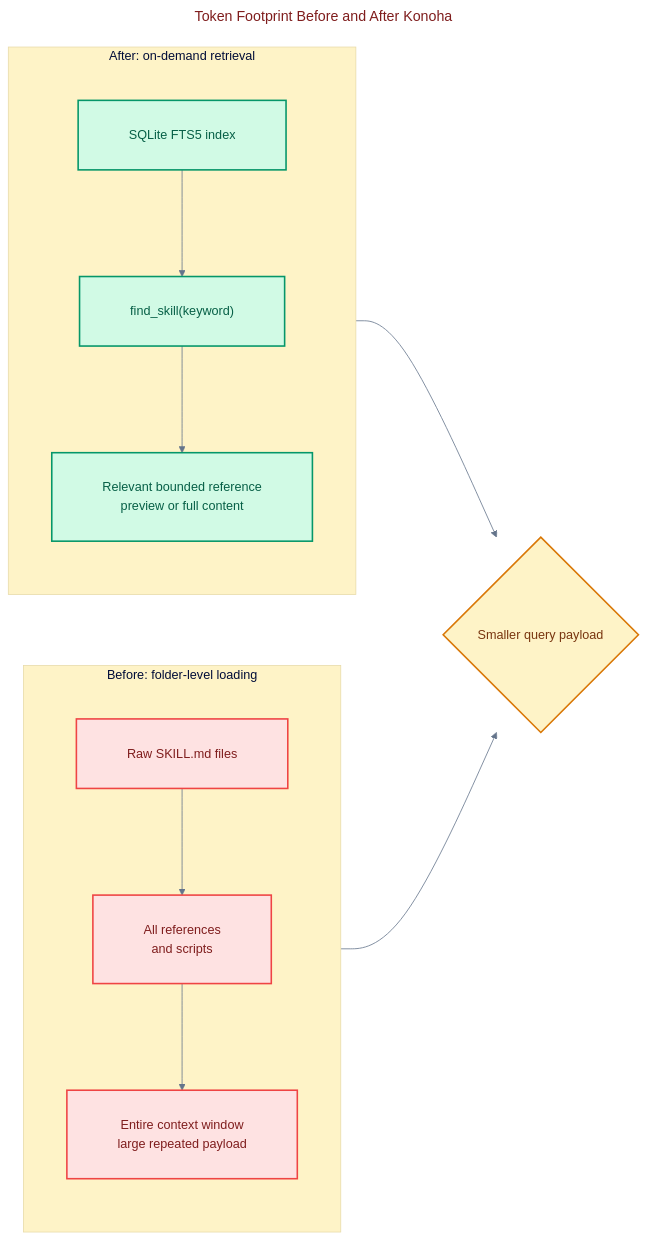
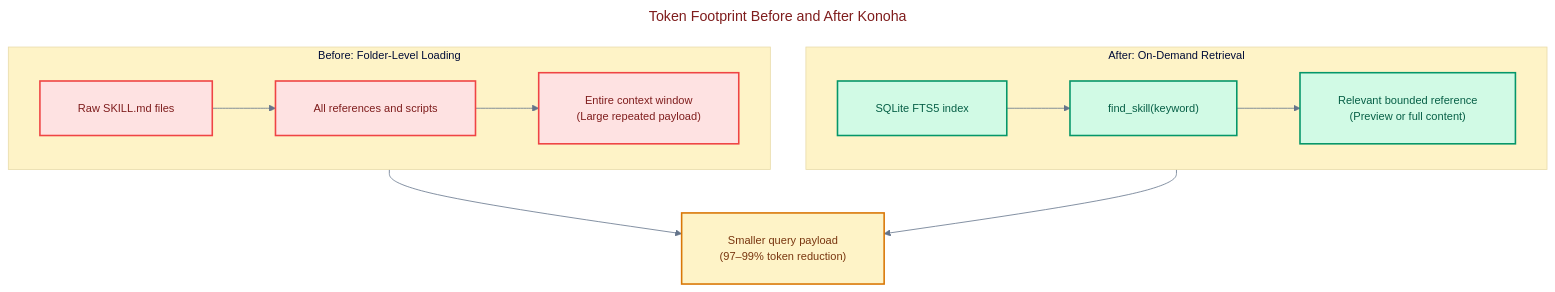
The second of 2 diagrams in README.md (andycungkrinx91/konoha), drawn with Mermaid before and after one commit. The commit also changed other lines of this file and 18 other files, not shown here.

````diff
--- a/README.md
+++ b/README.md
@@ -526,41 +528,42 @@
 ```mermaid
 ---
 title: Token Footprint Before and After Konoha
 config:
   theme: base
   themeVariables:
     background: '#ffffff'
     primaryColor: '#fee2e2'
     primaryTextColor: '#7f1d1d'
     primaryBorderColor: '#ef4444'
     lineColor: '#64748b'
     secondaryColor: '#d1fae5'
     tertiaryColor: '#fef3c7'
-    fontFamily: 'Inter, ui-sans-serif, system-ui, sans-serif'
+    fontFamily: 'Inter, system-ui, sans-serif'
+    fontSize: '14px'
   flowchart:
-    nodeSpacing: 90
-    rankSpacing: 110
-    padding: 32
-    wrappingWidth: 360
+    nodeSpacing: 45
+    rankSpacing: 55
+    padding: 24
+    wrappingWidth: 380
 ---
-flowchart LR
-    subgraph Before["Before: folder-level loading"]
-        direction TB
-        Raw["Raw SKILL.md files"] --> References["All references<br/>and scripts"]
-        References --> FullContext["Entire context window<br/>large repeated payload"]
+flowchart TB
+    subgraph Before ["Before: Folder-Level Loading"]
+        Raw["Raw SKILL.md files"] --> References["All references and scripts"]
+        References --> FullContext["Entire context window<br/>(Large repeated payload)"]
     end
-    subgraph After["After: on-demand retrieval"]
-        direction TB
+
+    subgraph After ["After: On-Demand Retrieval"]
         Index["SQLite FTS5 index"] --> Query["find_skill(keyword)"]
-        Query --> Relevant["Relevant bounded reference<br/>preview or full content"]
+        Query --> Relevant["Relevant bounded reference<br/>(Preview or full content)"]
     end
-    FullContext --> Compare{"Smaller query payload"}
-    Relevant --> Compare
+
+    Before --> Compare["Smaller query payload<br/>(97–99% token reduction)"]
+    After --> Compare
 
     classDef waste fill:#fee2e2,stroke:#ef4444,color:#7f1d1d,stroke-width:2px
     classDef optimized fill:#d1fae5,stroke:#059669,color:#065f46,stroke-width:2px
     classDef decision fill:#fef3c7,stroke:#d97706,color:#78350f,stroke-width:2px
     class Raw,References,FullContext waste
     class Index,Query,Relevant optimized
     class Compare decision
 ```
````
